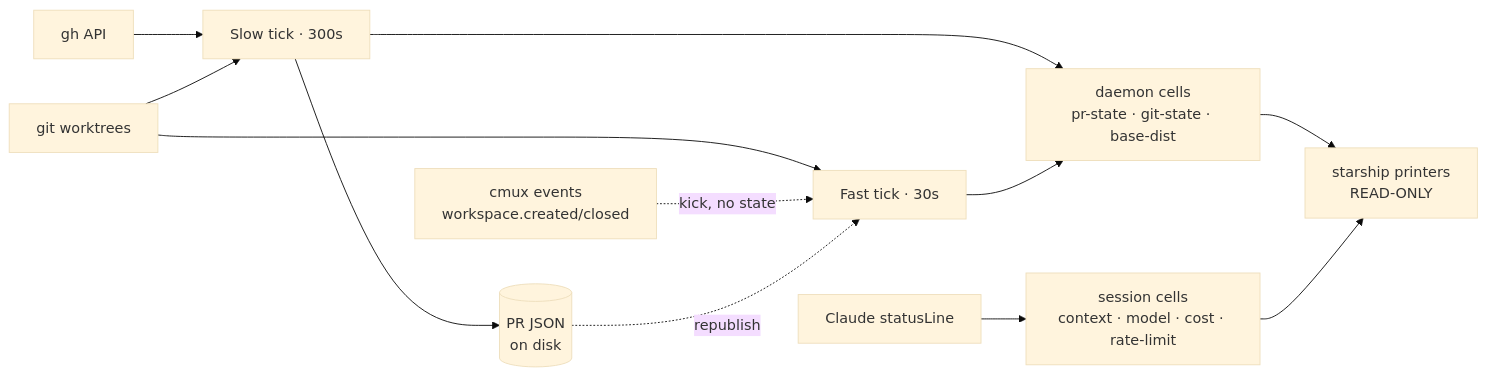
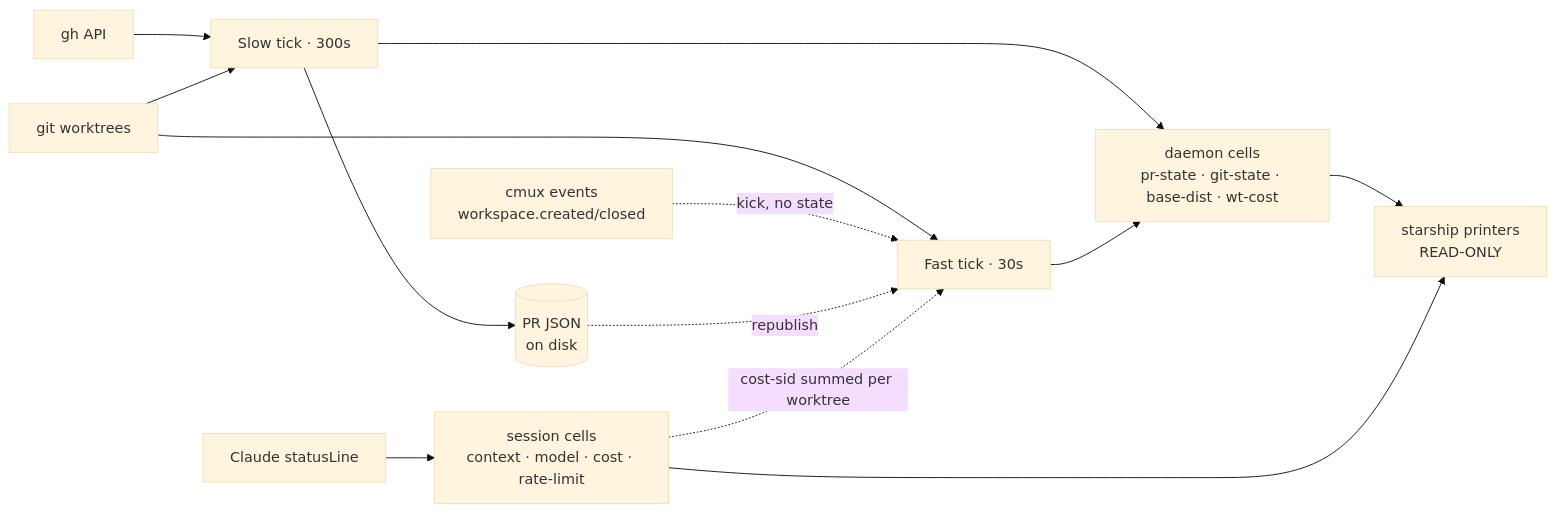
One commit to khivi/cockpit changed the fifth of 5 diagrams in docs/state-machine.md. Above: the diagram before and after it, drawn with Mermaid (base theme). The commit also changed other lines of this file and 9 other files, not shown here.

First line of the commit message:
feat(tui): show per-worktree Claude Code spend (#344)

````diff
--- a/docs/state-machine.md
+++ b/docs/state-machine.md
@@ -337,18 +337,19 @@
 ```mermaid
 flowchart LR
   GH["gh API"] --> SLOW["Slow tick · 300s"]
   GIT["git worktrees"] --> SLOW
   GIT --> FAST["Fast tick · 30s"]
   EV["cmux events<br/>workspace.created/closed"] -.kick, no state.-> FAST
 
   SLOW --> DISK[("PR JSON<br/>on disk")]
   DISK -.republish.-> FAST
 
-  SLOW --> CELLS["daemon cells<br/>pr-state · git-state · base-dist"]
+  SLOW --> CELLS["daemon cells<br/>pr-state · git-state · base-dist · wt-cost"]
   FAST --> CELLS
 
   STDIN["Claude statusLine"] --> SESS["session cells<br/>context · model · cost · rate-limit"]
+  SESS -.cost-sid summed per worktree.-> FAST
 
   CELLS --> RENDER["starship printers<br/>READ-ONLY"]
   SESS --> RENDER
 ```
````
